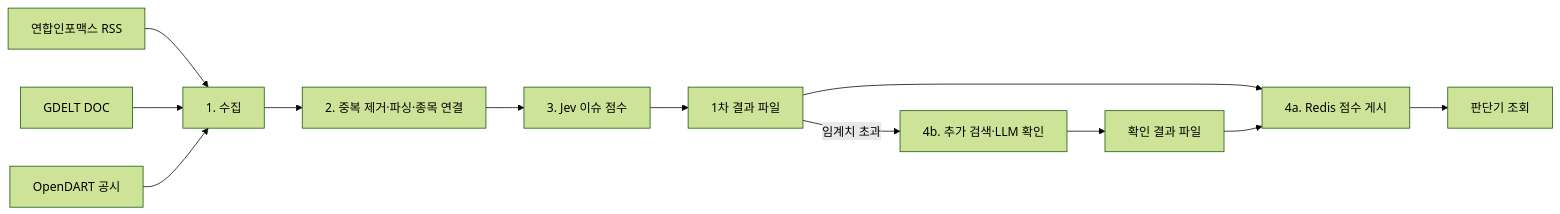
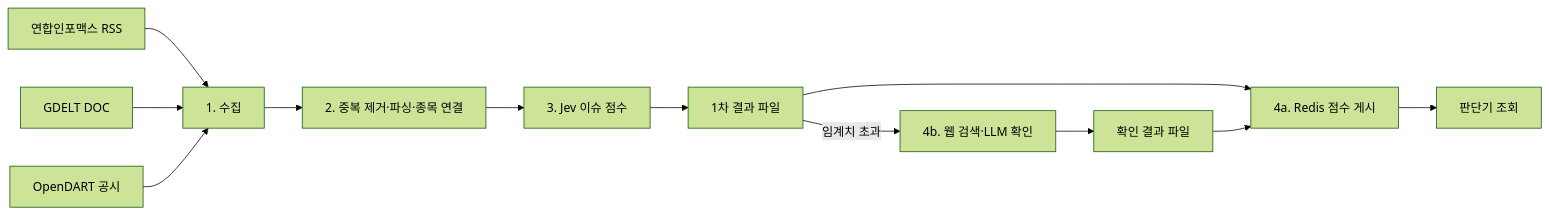
Before and after one commit to ShinYEB/Auto-helm: the diagram in docs/lld/03-event-data.md, drawn with Mermaid (forest theme). The commit also changed other lines of this file and 27 other files, not shown here.

````diff
--- a/docs/lld/03-event-data.md
+++ b/docs/lld/03-event-data.md
@@ -13,14 +13,14 @@
 ```mermaid
 flowchart LR
     RSS["연합인포맥스 RSS"] --> COLLECT["1. 수집"]
     GDELT["GDELT DOC"] --> COLLECT
     DART["OpenDART 공시"] --> COLLECT
     COLLECT --> NORMAL["2. 중복 제거·파싱·종목 연결"]
     NORMAL --> JEV["3. Jev 이슈 점수"]
     JEV --> JOURNAL["1차 결과 파일"]
     JOURNAL --> CACHE["4a. Redis 점수 게시"]
-    JOURNAL -->|"임계치 초과"| SEARCH["4b. 추가 검색·LLM 확인"]
+    JOURNAL -->|"임계치 초과"| SEARCH["4b. 웹 검색·LLM 확인"]
     SEARCH --> RESULT["확인 결과 파일"]
     RESULT --> CACHE
     CACHE --> DECISION["판단기 조회"]
 ```
````
